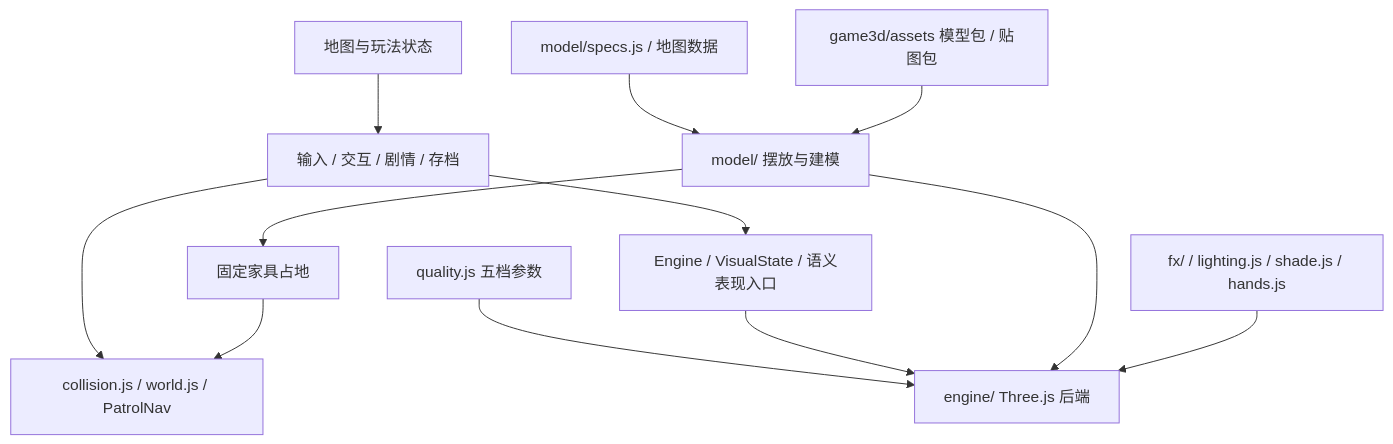
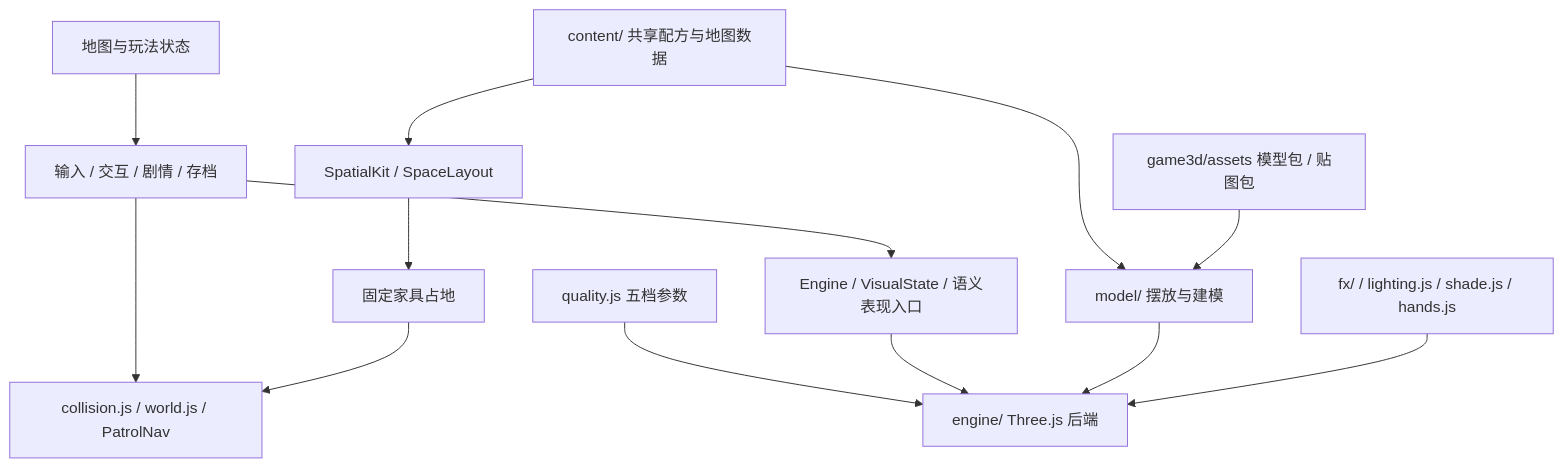
One commit to chorusfruit-233/wdfz changed the diagram in docs/3D代码审查报告.md. Above: the diagram before and after it, drawn with Mermaid. The commit also changed other lines of this file and 177 other files, not shown here.

````diff
--- a/docs/3D代码审查报告.md
+++ b/docs/3D代码审查报告.md
@@ -19,14 +19,15 @@
 ```mermaid
 flowchart TD
   Data[地图与玩法状态] --> Logic[输入 / 交互 / 剧情 / 存档]
   Logic --> Physics[collision.js / world.js / PatrolNav]
   Logic --> API[Engine / VisualState / 语义表现入口]
   Quality[quality.js 五档参数] --> Backend[engine/ Three.js 后端]
   API --> Backend
-  Spec[model/specs.js / 地图数据] --> Models[model/ 摆放与建模]
+  Spec[content/ 共享配方与地图数据] --> Models[model/ 摆放与建模]
   Packs[game3d/assets 模型包 / 贴图包] --> Models
   Models --> Backend
-  Models --> Foot[固定家具占地]
+  Spec --> Spatial[SpatialKit / SpaceLayout]
+  Spatial --> Foot[固定家具占地]
   Foot --> Physics
   FX[fx/ / lighting.js / shade.js / hands.js] --> Backend
 ```
````
